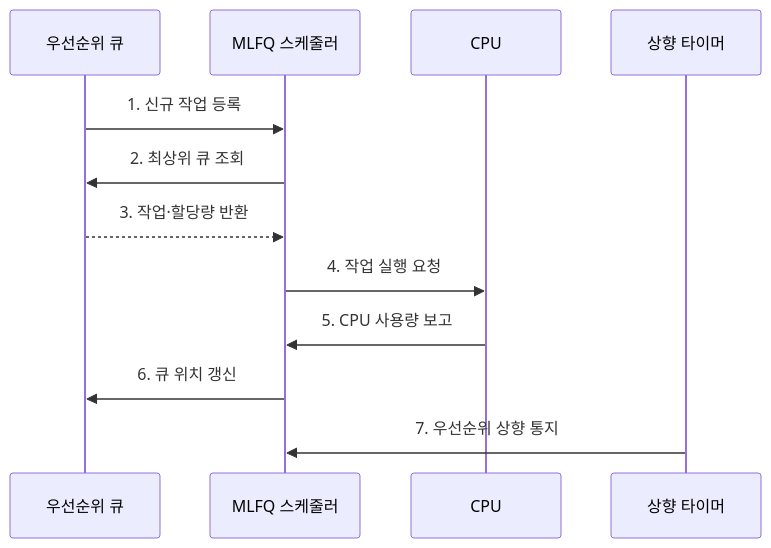
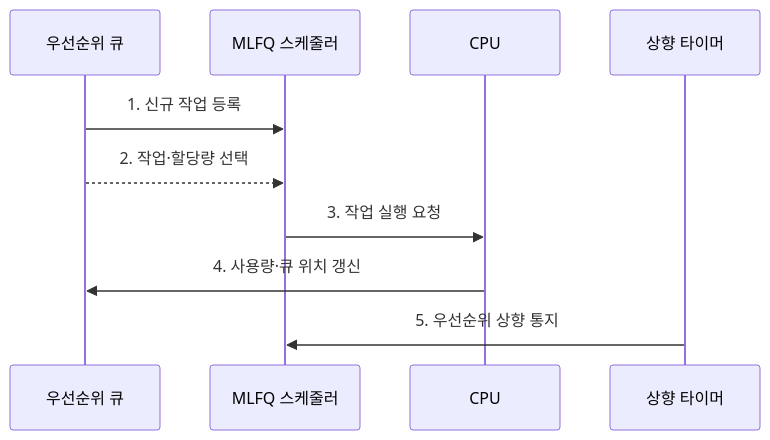
One commit to agnusdei1207/knowledge-base changed the second of 2 diagrams in src/content/docs/notes/03-software/005_mlfq.md. Above: the diagram before and after it, drawn with Mermaid. The commit also changed other lines of this file and 238 other files, not shown here.

````diff
--- a/src/content/docs/notes/03-software/005_mlfq.md
+++ b/src/content/docs/notes/03-software/005_mlfq.md
@@ -86,14 +86,12 @@
 ```mermaid
 sequenceDiagram
     participant Q as 우선순위 큐
     participant S as MLFQ 스케줄러
     participant C as CPU
     participant T as 상향 타이머
     Q->>S: 1. 신규 작업 등록
-    S->>Q: 2. 최상위 큐 조회
-    Q-->>S: 3. 작업·할당량 반환
-    S->>C: 4. 작업 실행 요청
-    C->>S: 5. CPU 사용량 보고
-    S->>Q: 6. 큐 위치 갱신
-    T->>S: 7. 우선순위 상향 통지
+    Q-->>S: 2. 작업·할당량 선택
+    S->>C: 3. 작업 실행 요청
+    C->>Q: 4. 사용량·큐 위치 갱신
+    T->>S: 5. 우선순위 상향 통지
 ```
````
